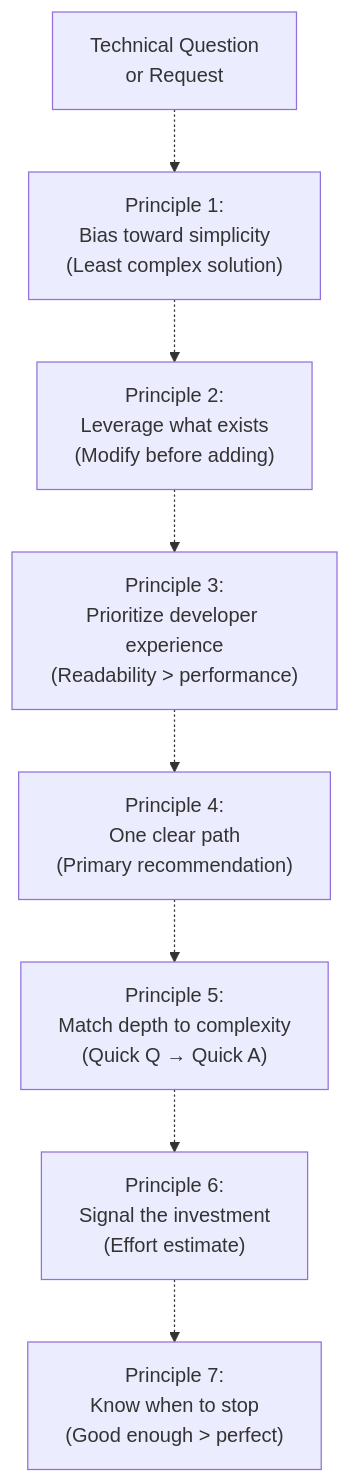
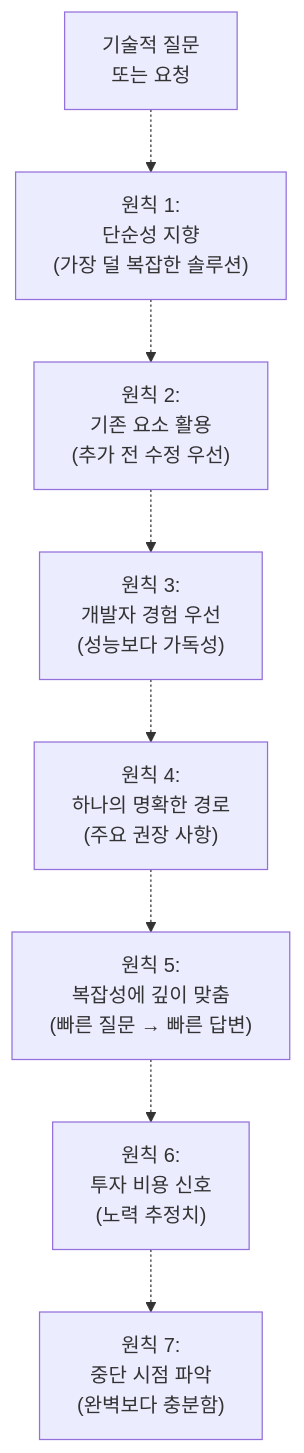
One commit to felipetruman/oh-my-opencode-docs changed the sixth of 11 diagrams in docs/agents/oracle-agent.md. Above: the diagram before and after it, drawn with Mermaid. The commit also changed other lines of this file and 76 other files, not shown here.

````diff
--- a/docs/agents/oracle-agent.md
+++ b/docs/agents/oracle-agent.md
@@ -266,20 +266,20 @@
 ```mermaid
 flowchart TD
 
-Question["Technical Question<br>or Request"]
-Simplicity["Principle 1:<br>Bias toward simplicity<br>(Least complex solution)"]
-Existing["Principle 2:<br>Leverage what exists<br>(Modify before adding)"]
-DevEx["Principle 3:<br>Prioritize developer experience<br>(Readability > performance)"]
-SinglePath["Principle 4:<br>One clear path<br>(Primary recommendation)"]
-MatchDepth["Principle 5:<br>Match depth to complexity<br>(Quick Q → Quick A)"]
-SignalCost["Principle 6:<br>Signal the investment<br>(Effort estimate)"]
-StopCondition["Principle 7:<br>Know when to stop<br>(Good enough > perfect)"]
+Question["기술적 질문<br>또는 요청"]
+Simplicity["원칙 1:<br>단순성 지향<br>(가장 덜 복잡한 솔루션)"]
+Existing["원칙 2:<br>기존 요소 활용<br>(추가 전 수정 우선)"]
+DevEx["원칙 3:<br>개발자 경험 우선<br>(성능보다 가독성)"]
+SinglePath["원칙 4:<br>하나의 명확한 경로<br>(주요 권장 사항)"]
+MatchDepth["원칙 5:<br>복잡성에 깊이 맞춤<br>(빠른 질문 → 빠른 답변)"]
+SignalCost["원칙 6:<br>투자 비용 신호<br>(노력 추정치)"]
+StopCondition["원칙 7:<br>중단 시점 파악<br>(완벽보다 충분함)"]
 
 Question -.-> Simplicity
 Simplicity -.-> Existing
 Existing -.-> DevEx
 DevEx -.-> SinglePath
 SinglePath -.-> MatchDepth
 MatchDepth -.-> SignalCost
 SignalCost -.-> StopCondition
 ```
````
